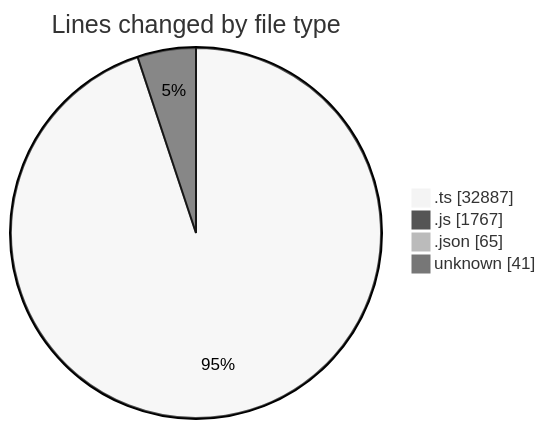
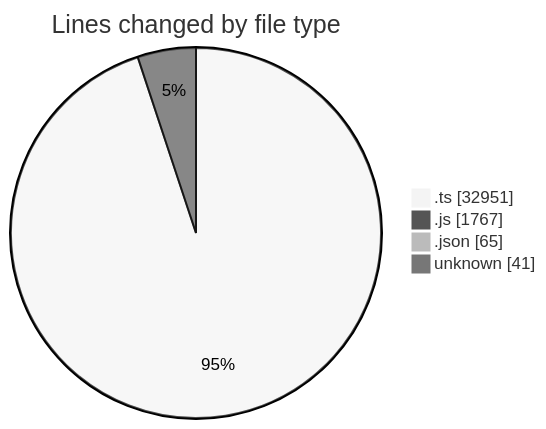
One commit to momahboobian/code-tracking changed the first of 2 diagrams in 2025-07-31/cda/README.md. Above: the diagram before and after it, drawn with Mermaid (neutral theme). The commit also changed other lines of this file and 1 other file, not shown here.

````diff
--- a/2025-07-31/cda/README.md
+++ b/2025-07-31/cda/README.md
@@ -30,8 +31,8 @@
 ```mermaid
 pie showData
 title Lines changed by file type
-".ts" : 32887
+".ts" : 32951
 ".js" : 1767
 ".json" : 65
 "unknown" : 41
 ```
````
